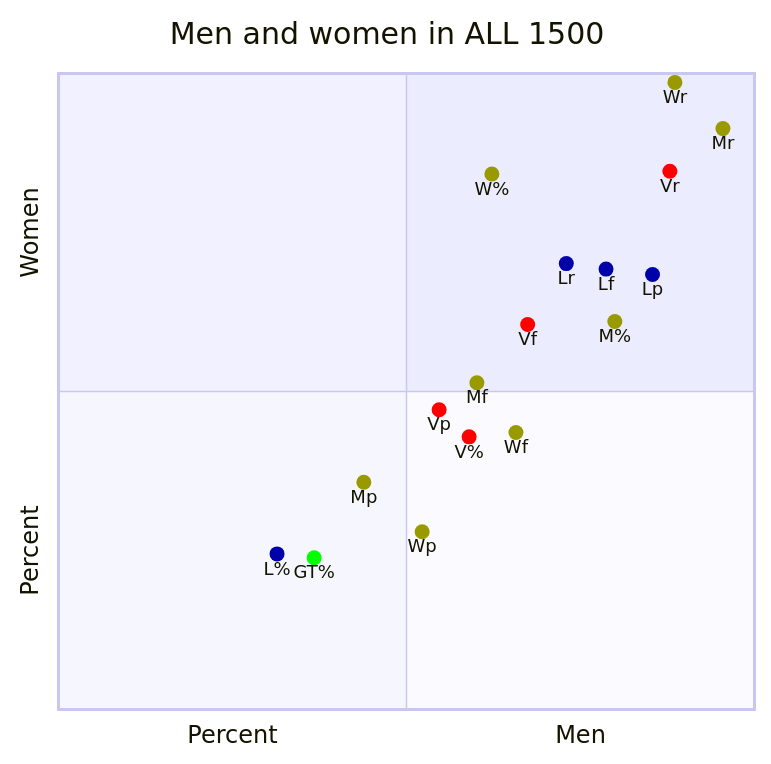
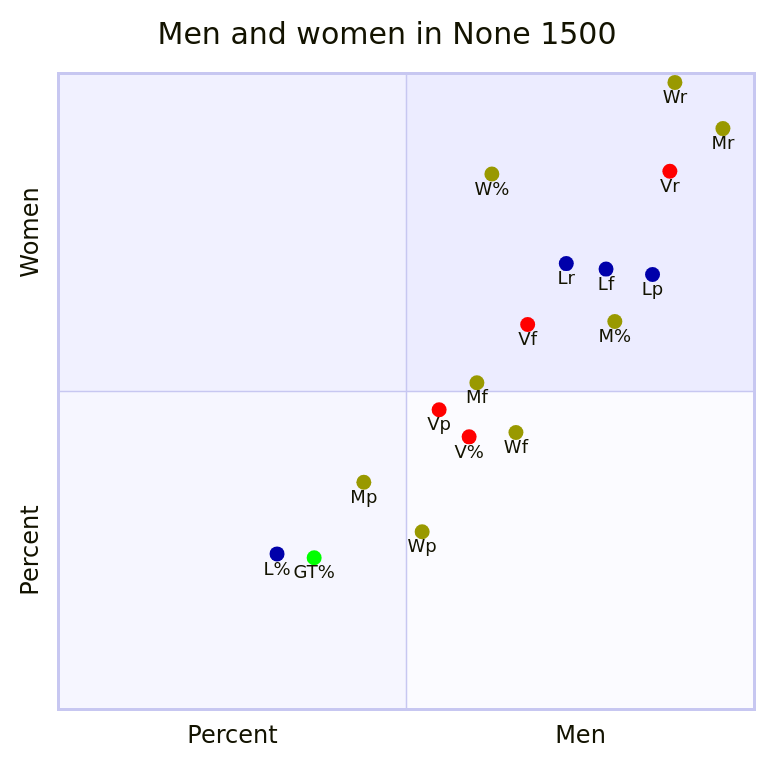
Before and after one commit to Modern36/tropes_1500: the first of 11 diagrams in browser/scatter.md, drawn with Mermaid. The commit also changed 15 other files, not shown here.

````diff
--- a/browser/scatter.md
+++ b/browser/scatter.md
@@ -15,24 +15,24 @@
 ```mermaid
 quadrantChart
-    title Men and women in ALL  1500
+    title Men and women in None 1500
     x-axis Percent --> Men
     y-axis Percent --> Women
     M%: [0.7993333333333333, 0.61] color: #999900
     W%: [0.6226666666666667, 0.842] color: #999900
     GT%: [0.36733333333333335, 0.23866666666666667] color: #00FF00
     V%: [0.59, 0.42866666666666664] color: #FF0000
     L%: [0.314, 0.24466666666666667] color: #0000AA
     Lf: [0.786692759295499, 0.6924137931034483]  color: #0000AA
     Lp: [0.8535031847133758, 0.6839237057220708]  color: #0000AA
     Lr: [0.7295825771324864, 0.7011173184357542]  color: #0000AA
     Vf: [0.6740947075208914, 0.6053946053946054]  color: #FF0000
     Vp: [0.5468926553672316, 0.4712286158631415]  color: #FF0000
     Vr: [0.8784029038112523, 0.8463687150837989]  color: #FF0000
     Wf: [0.6572390572390573, 0.4355336212214682]  color: #999900
     Wp: [0.5224839400428265, 0.27949326999208235]  color: #999900
     Wr: [0.8856624319419237, 0.9860335195530726]  color: #999900
     Mf: [0.6011428571428571, 0.5137470542026709]  color: #999900
     Mp: [0.43869891576313597, 0.35737704918032787]  color: #999900
     Mr: [0.9546279491833031, 0.9134078212290503]  color: #999900
 
 ```
````
